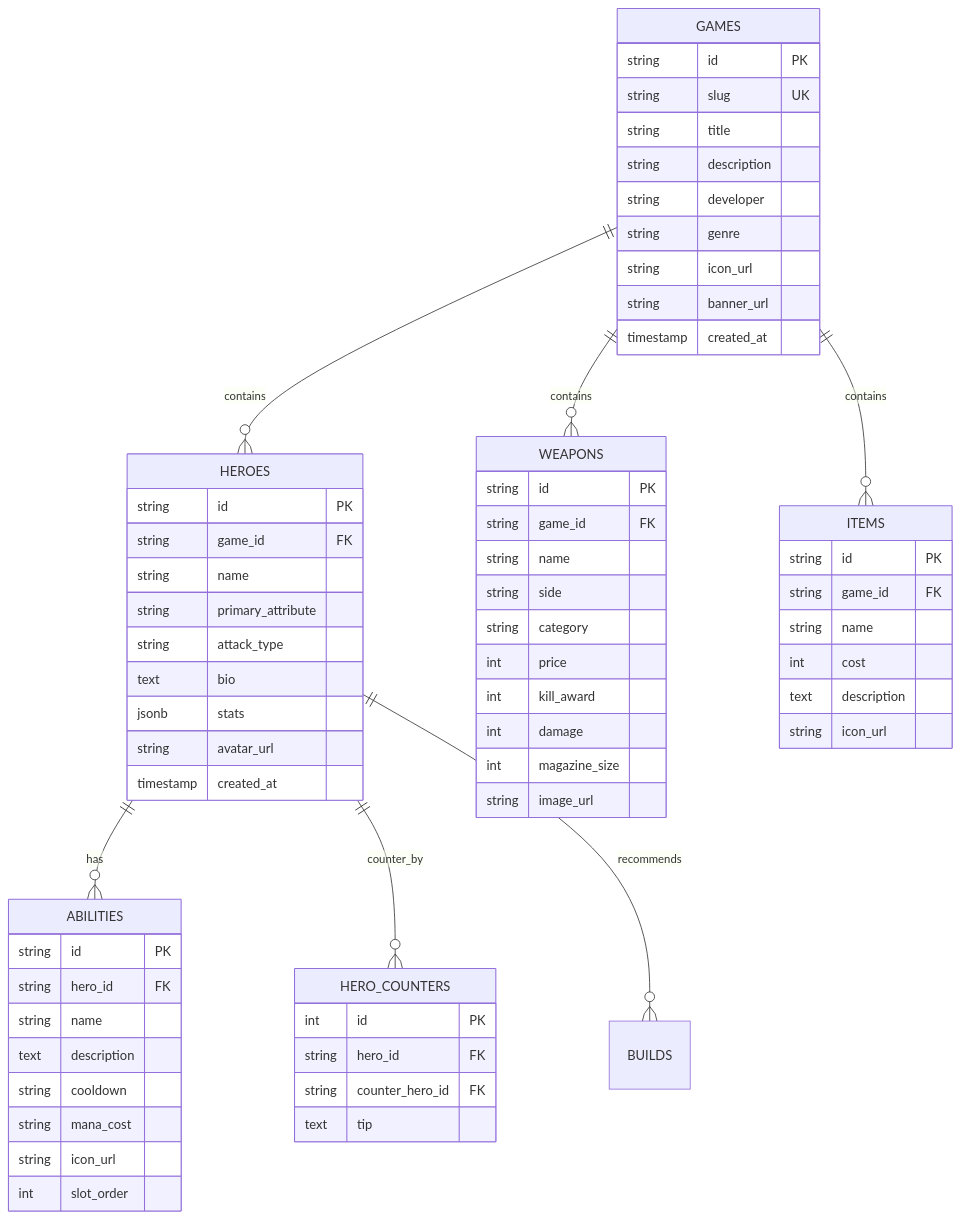
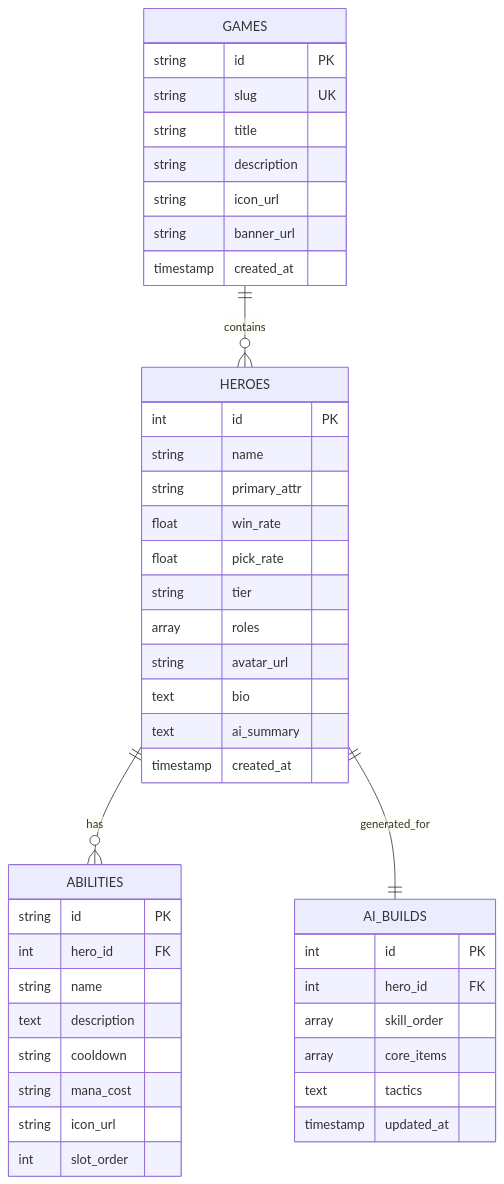
The diagram in docs/DATABASE_ERD.md (rei968/hakatone), drawn with Mermaid before and after one commit. The commit also changed other lines of this file and 6 other files, not shown here.

````diff
--- a/docs/DATABASE_ERD.md
+++ b/docs/DATABASE_ERD.md
@@ -7,73 +7,50 @@
 ```mermaid
 erDiagram
     GAMES ||--o{ HEROES : contains
-    GAMES ||--o{ WEAPONS : contains
-    GAMES ||--o{ ITEMS : contains
     HEROES ||--o{ ABILITIES : has
-    HEROES ||--o{ HERO_COUNTERS : counter_by
-    HEROES ||--o{ BUILDS : recommends
+    HEROES ||--|| AI_BUILDS : generated_for
 
     GAMES {
         string id PK
         string slug UK
         string title
         string description
-        string developer
-        string genre
         string icon_url
         string banner_url
         timestamp created_at
     }
 
     HEROES {
-        string id PK
-        string game_id FK
+        int id PK
         string name
-        string primary_attribute
-        string attack_type
+        string primary_attr
+        float win_rate
+        float pick_rate
+        string tier
+        array roles
+        string avatar_url
         text bio
-        jsonb stats
-        string avatar_url
+        text ai_summary
         timestamp created_at
     }
 
     ABILITIES {
         string id PK
-        string hero_id FK
+        int hero_id FK
         string name
         text description
         string cooldown
         string mana_cost
         string icon_url
         int slot_order
     }
 
-    WEAPONS {
-        string id PK
-        string game_id FK
-        string name
-        string side
-        string category
-        int price
-        int kill_award
-        int damage
-        int magazine_size
-        string image_url
-    }
-
-    ITEMS {
-        string id PK
-        string game_id FK
-        string name
-        int cost
-        text description
-        string icon_url
-    }
-
-    HERO_COUNTERS {
+    AI_BUILDS {
         int id PK
-        string hero_id FK
-        string counter_hero_id FK
-        text tip
+        int hero_id FK
+        array skill_order
+        array core_items
+        text tactics
+        timestamp updated_at
     }
 ```
````
